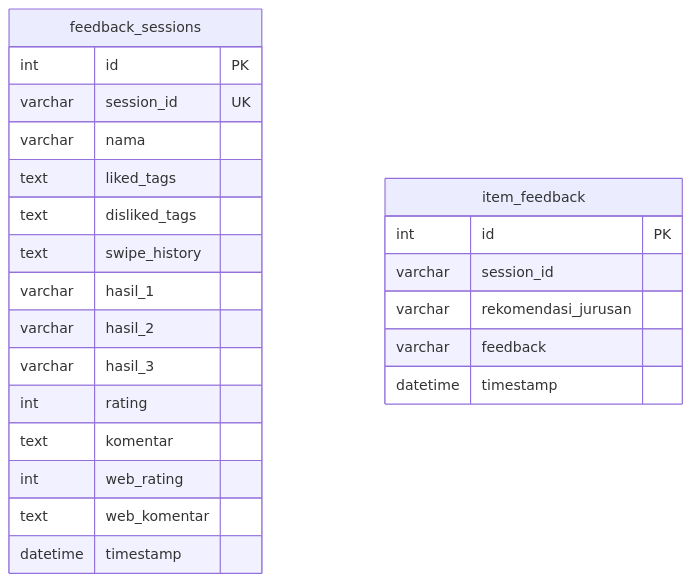
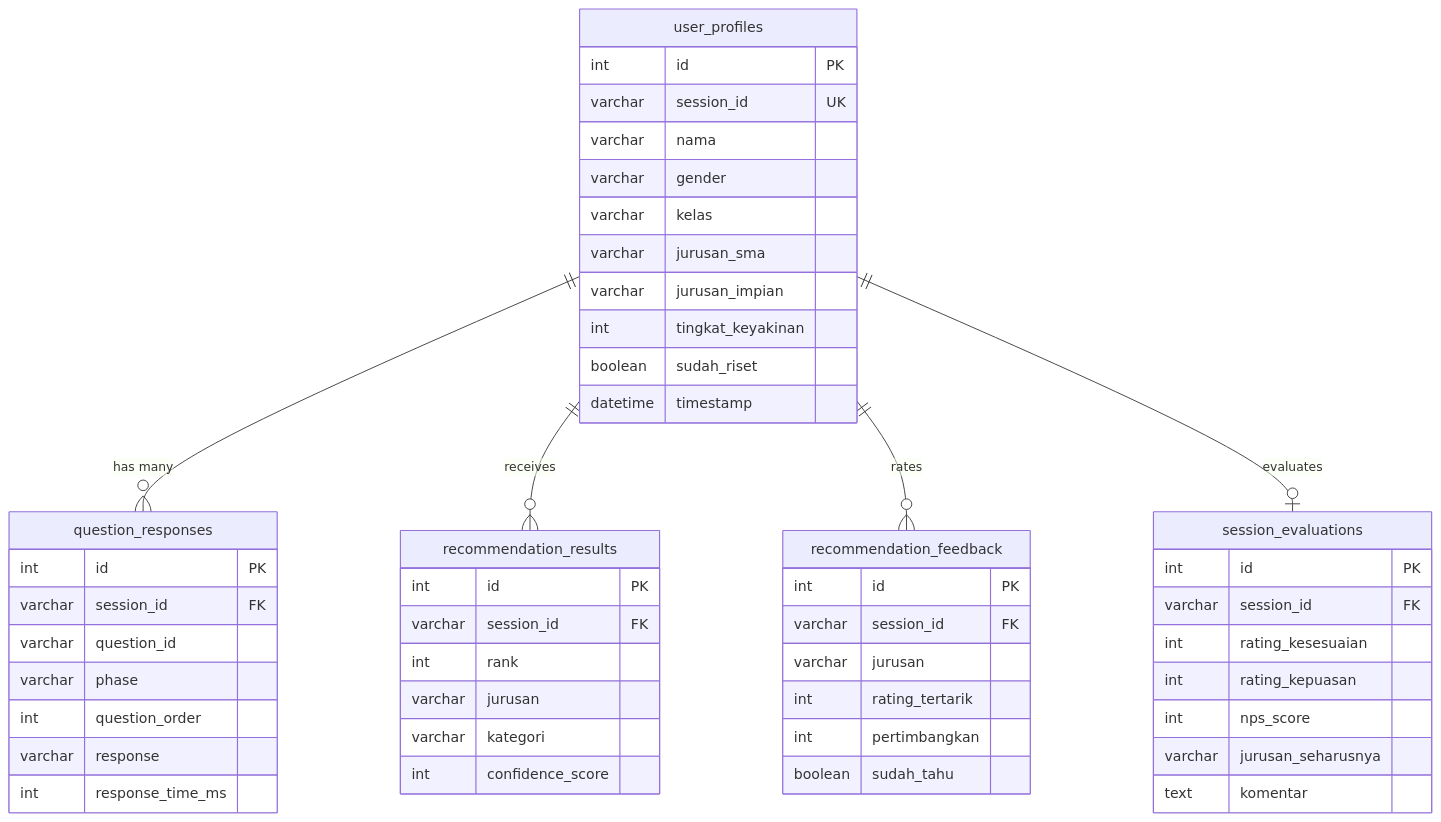
The second of 2 diagrams in README.md (aryayaya11/major-match), drawn with Mermaid before and after one commit. The commit also changed other lines of this file, not shown here.

````diff
--- a/README.md
+++ b/README.md
@@ -334,26 +113,58 @@
 ```mermaid
 erDiagram
-    feedback_sessions {
+    user_profiles ||--o{ question_responses : "has many"
+    user_profiles ||--o{ recommendation_results : "receives"
+    user_profiles ||--o{ recommendation_feedback : "rates"
+    user_profiles ||--o| session_evaluations : "evaluates"
+
+    user_profiles {
         int id PK
         varchar session_id UK
         varchar nama
-        text liked_tags
-        text disliked_tags
-        text swipe_history
-        varchar hasil_1
-        varchar hasil_2
-        varchar hasil_3
-        int rating
-        text komentar
-        int web_rating
-        text web_komentar
+        varchar gender
+        varchar kelas
+        varchar jurusan_sma
+        varchar jurusan_impian
+        int tingkat_keyakinan
+        boolean sudah_riset
         datetime timestamp
     }
-    item_feedback {
+    
+    question_responses {
         int id PK
-        varchar session_id
-        varchar rekomendasi_jurusan
-        varchar feedback
-        datetime timestamp
+        varchar session_id FK
+        varchar question_id
+        varchar phase
+        int question_order
+        varchar response
+        int response_time_ms
+    }
+
+    recommendation_results {
+        int id PK
+        varchar session_id FK
+        int rank
+        varchar jurusan
+        varchar kategori
+        int confidence_score
+    }
+
+    recommendation_feedback {
+        int id PK
+        varchar session_id FK
+        varchar jurusan
+        int rating_tertarik
+        int pertimbangkan
+        boolean sudah_tahu
+    }
+
+    session_evaluations {
+        int id PK
+        varchar session_id FK
+        int rating_kesesuaian
+        int rating_kepuasan
+        int nps_score
+        varchar jurusan_seharusnya
+        text komentar
     }
 ```
````
